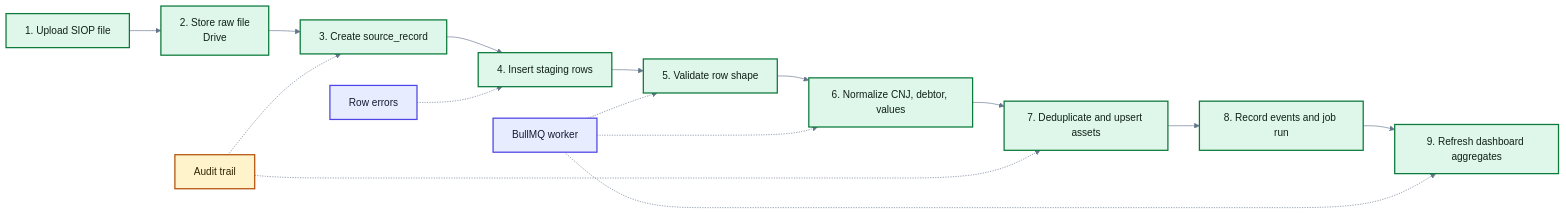
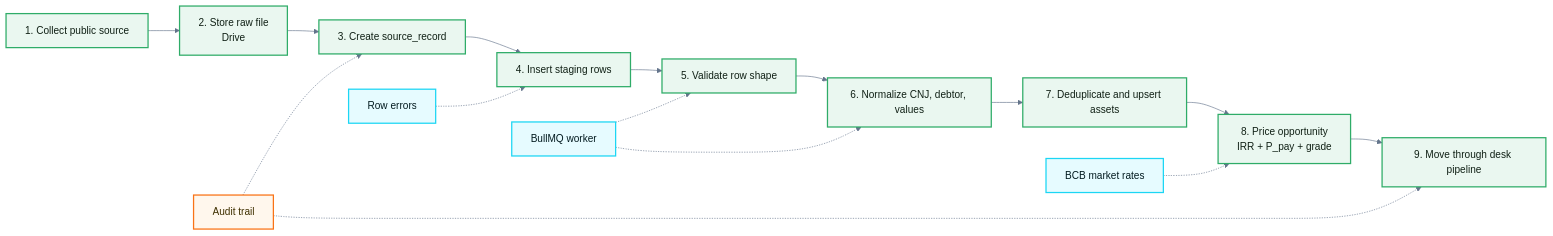
The second of 2 diagrams in README.md (gabrielmaialva33/juridicai), drawn with Mermaid before and after one commit. The commit also changed other lines of this file and 2 other files, not shown here.

First line of the commit message:
💄 style(readme): atualiza hero e footer para "Precatório Operations Desk"

````diff
--- a/README.md
+++ b/README.md
@@ -147,31 +163,31 @@
 ```mermaid
 %%{init: {'theme': 'base', 'themeVariables': {
   'fontFamily': 'ui-monospace, SFMono-Regular, Menlo, Consolas, monospace',
   'lineColor': '#64748b',
   'primaryTextColor': '#111827'
 }}}%%
 flowchart LR
-    UPLOAD["1. Upload SIOP file"] --> STORE["2. Store raw file<br/>Drive"]
+    UPLOAD["1. Collect public source"] --> STORE["2. Store raw file<br/>Drive"]
     STORE --> PROVENANCE["3. Create source_record"]
     PROVENANCE --> STAGE["4. Insert staging rows"]
     STAGE --> VALIDATE["5. Validate row shape"]
     VALIDATE --> NORMALIZE["6. Normalize CNJ, debtor, values"]
     NORMALIZE --> UPSERT["7. Deduplicate and upsert assets"]
-    UPSERT --> EVENTS["8. Record events and job run"]
-    EVENTS --> AGGREGATE["9. Refresh dashboard aggregates"]
+    UPSERT --> PRICE["8. Price opportunity<br/>IRR + P_pay + grade"]
+    PRICE --> PIPELINE["9. Move through desk pipeline"]
 
     ERRORS["Row errors"] -.-> STAGE
     AUDIT["Audit trail"] -.-> PROVENANCE
-    AUDIT -.-> UPSERT
+    AUDIT -.-> PIPELINE
     WORKER["BullMQ worker"] -.-> VALIDATE
     WORKER -.-> NORMALIZE
-    WORKER -.-> AGGREGATE
+    RATES["BCB market rates"] -.-> PRICE
 
-    classDef step fill:#dff7ea,stroke:#0b7a3b,color:#102015,stroke-width:2px;
-    classDef side fill:#e7edff,stroke:#4f46e5,color:#151a33,stroke-width:2px;
-    classDef audit fill:#fff3cc,stroke:#b45309,color:#332400,stroke-width:2px;
+    classDef step fill:#EAF7F0,stroke:#2FAC68,color:#102015,stroke-width:2px;
+    classDef side fill:#E6FBFF,stroke:#1CD6F4,color:#031B20,stroke-width:2px;
+    classDef audit fill:#FFF7ED,stroke:#F97316,color:#3F3000,stroke-width:2px;
 
-    class UPLOAD,STORE,PROVENANCE,STAGE,VALIDATE,NORMALIZE,UPSERT,EVENTS,AGGREGATE step;
-    class ERRORS,WORKER side;
+    class UPLOAD,STORE,PROVENANCE,STAGE,VALIDATE,NORMALIZE,UPSERT,PRICE,PIPELINE step;
+    class ERRORS,WORKER,RATES side;
     class AUDIT audit;
 ```
````
